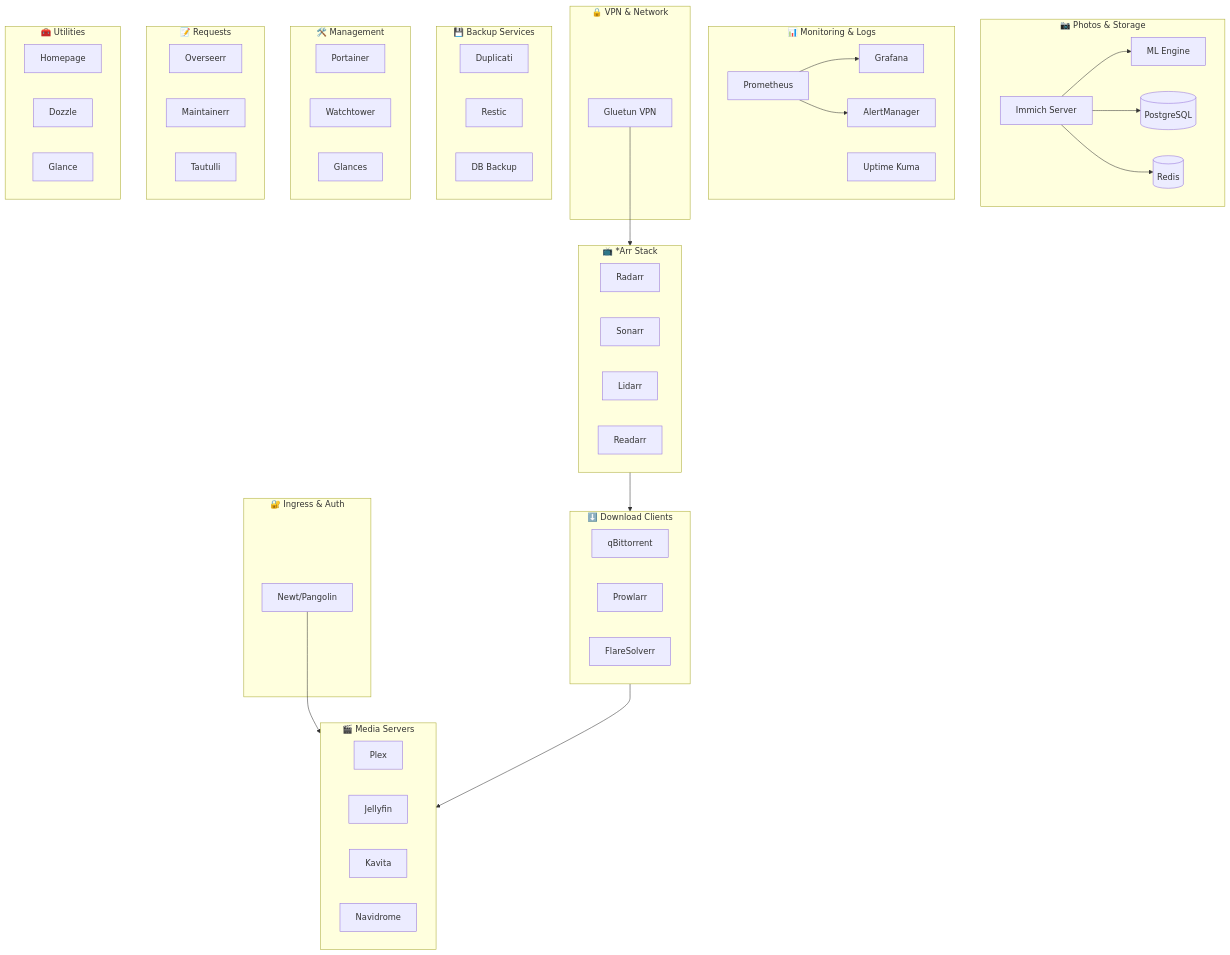
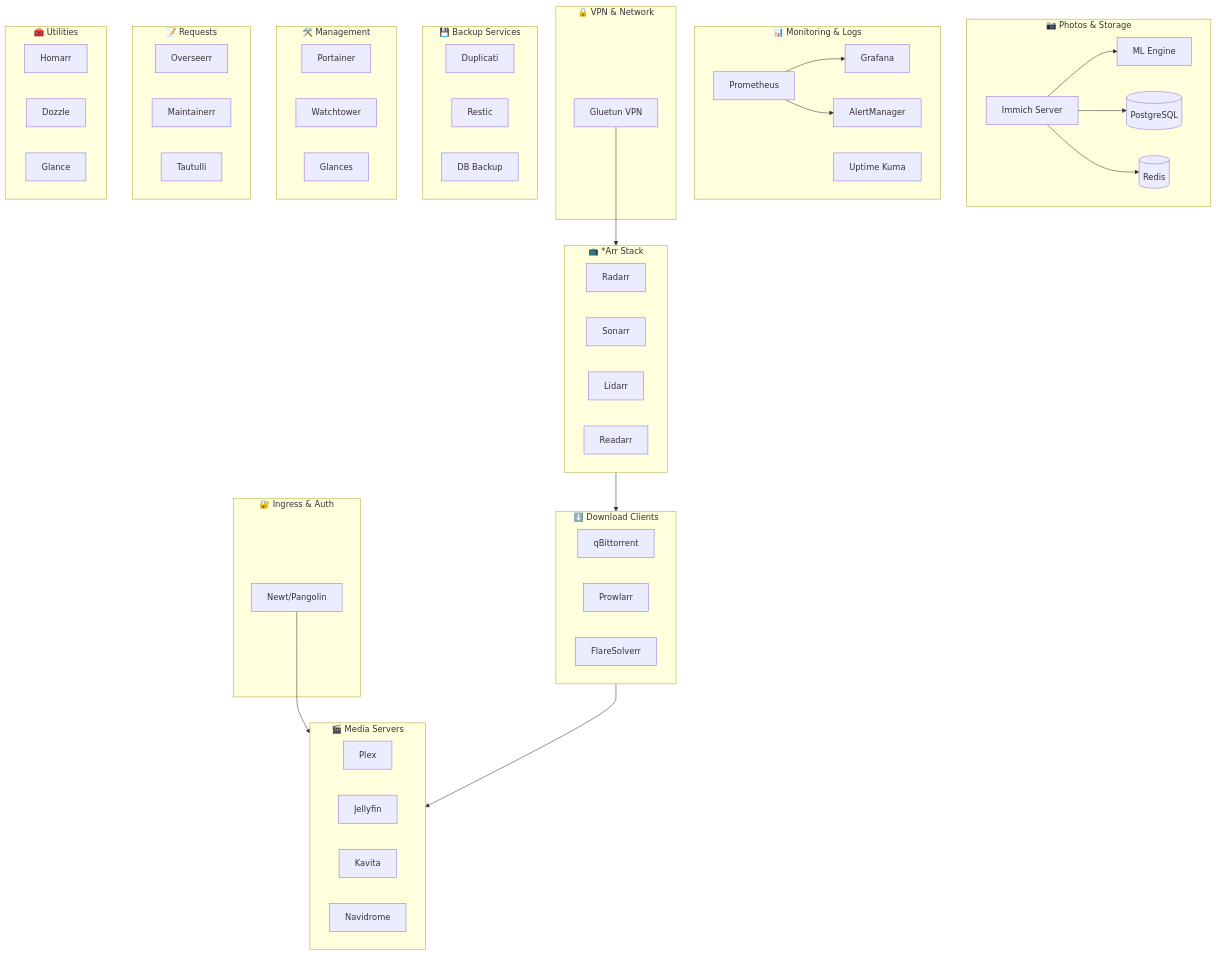
The first of 14 diagrams in docs/architecture.md (manumanohar11/homelab), drawn with Mermaid before and after one commit. The commit also changed other lines of this file and 34 other files, not shown here.

````diff
--- a/docs/architecture.md
+++ b/docs/architecture.md
@@ -24,78 +24,78 @@
 ```mermaid
 graph TB
     subgraph INGRESS["🔐 Ingress & Auth"]
         Newt[Newt/Pangolin]
     end
 
     subgraph MEDIA["🎬 Media Servers"]
         Plex[Plex]
         Jellyfin[Jellyfin]
         Kavita[Kavita]
         Navidrome[Navidrome]
     end
 
     subgraph PHOTOS["📷 Photos & Storage"]
         Immich[Immich Server]
         ImmichML[ML Engine]
         Postgres[(PostgreSQL)]
         Redis[(Redis)]
     end
 
     subgraph MONITORING["📊 Monitoring & Logs"]
         Prometheus[Prometheus]
         Grafana[Grafana]
         AlertManager[AlertManager]
         UptimeKuma[Uptime Kuma]
     end
 
     subgraph VPN["🔒 VPN & Network"]
         Gluetun[Gluetun VPN]
     end
 
     subgraph ARR["📺 *Arr Stack"]
         Radarr[Radarr]
         Sonarr[Sonarr]
         Lidarr[Lidarr]
         Readarr[Readarr]
     end
 
     subgraph DOWNLOAD["⬇️ Download Clients"]
         qBittorrent[qBittorrent]
         Prowlarr[Prowlarr]
         FlareSolverr[FlareSolverr]
     end
 
     subgraph BACKUP["💾 Backup Services"]
         Duplicati[Duplicati]
         Restic[Restic]
         DBBackup[DB Backup]
     end
 
     subgraph MANAGEMENT["🛠️ Management"]
         Portainer[Portainer]
         Watchtower[Watchtower]
         Glances[Glances]
     end
 
     subgraph REQUESTS["📝 Requests"]
         Overseerr[Overseerr]
         Maintainerr[Maintainerr]
         Tautulli[Tautulli]
     end
 
     subgraph UTILITIES["🧰 Utilities"]
-        Homepage[Homepage]
+        Homarr[Homarr]
         Dozzle[Dozzle]
         Glance[Glance]
     end
 
     Newt --> MEDIA
     Gluetun --> ARR
     ARR --> DOWNLOAD
     DOWNLOAD --> MEDIA
     Immich --> ImmichML
     Immich --> Postgres
     Immich --> Redis
     Prometheus --> Grafana
     Prometheus --> AlertManager
 ```
````
